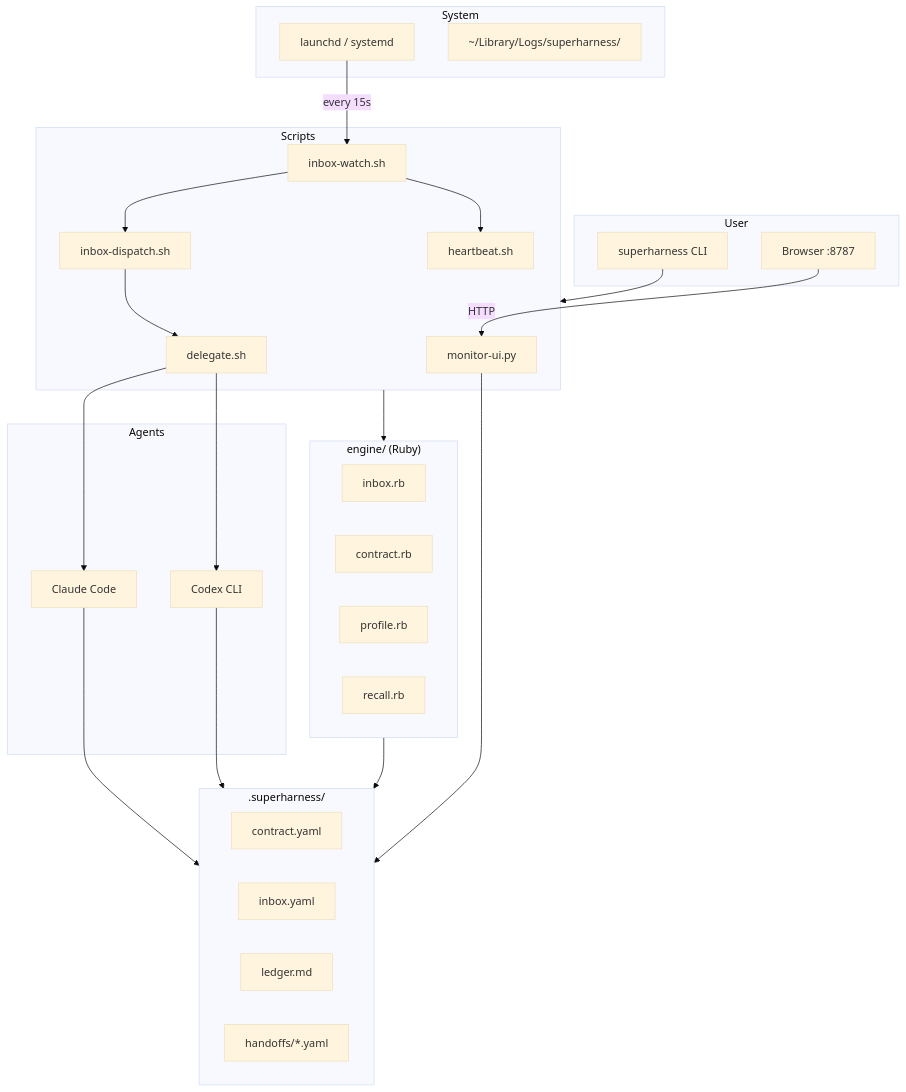
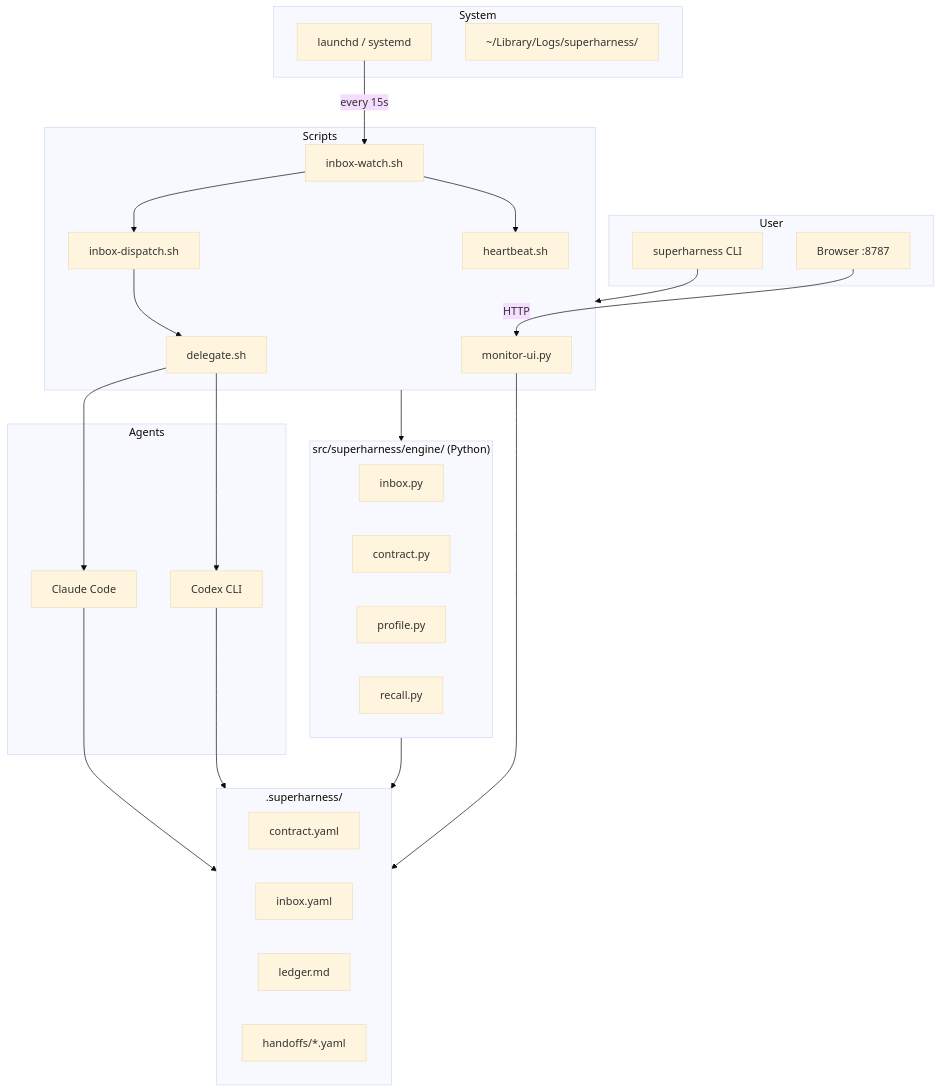
The diagram in docs/ARCHITECTURE.md (artificemachine/superharness), drawn with Mermaid (base theme) before and after one commit. The commit also changed other lines of this file and 152 other files, not shown here.

First line of the commit message:
feat(python-migration): Ruby → Python complete — cross-platform, 573 tests green (#6)

````diff
--- a/docs/ARCHITECTURE.md
+++ b/docs/ARCHITECTURE.md
@@ -81,53 +81,53 @@
 ```mermaid
 graph TB
     subgraph User
         CLI["superharness CLI"]
         Browser["Browser :8787"]
     end
 
     subgraph Scripts
         delegate["delegate.sh"]
         dispatch["inbox-dispatch.sh"]
         watch["inbox-watch.sh"]
         heartbeat["heartbeat.sh"]
         monitor["monitor-ui.py"]
     end
 
-    subgraph Engine["engine/ (Ruby)"]
-        inbox_rb["inbox.rb"]
-        contract_rb["contract.rb"]
-        profile_rb["profile.rb"]
-        recall_rb["recall.rb"]
+    subgraph Engine["src/superharness/engine/ (Python)"]
+        inbox_py["inbox.py"]
+        contract_py["contract.py"]
+        profile_py["profile.py"]
+        recall_py["recall.py"]
     end
 
     subgraph State[".superharness/"]
         contract["contract.yaml"]
         inbox["inbox.yaml"]
         ledger["ledger.md"]
         handoffs["handoffs/*.yaml"]
     end
 
     subgraph Agents
         claude["Claude Code"]
         codex["Codex CLI"]
     end
 
     subgraph System
         launchd["launchd / systemd"]
         logs["~/Library/Logs/superharness/"]
     end
 
     CLI --> Scripts
     Browser -->|HTTP| monitor
     launchd -->|every 15s| watch
     watch --> dispatch
     watch --> heartbeat
     dispatch --> delegate
     delegate --> claude
     delegate --> codex
     monitor --> State
     claude --> State
     codex --> State
     Engine --> State
     Scripts --> Engine
 ```
````
